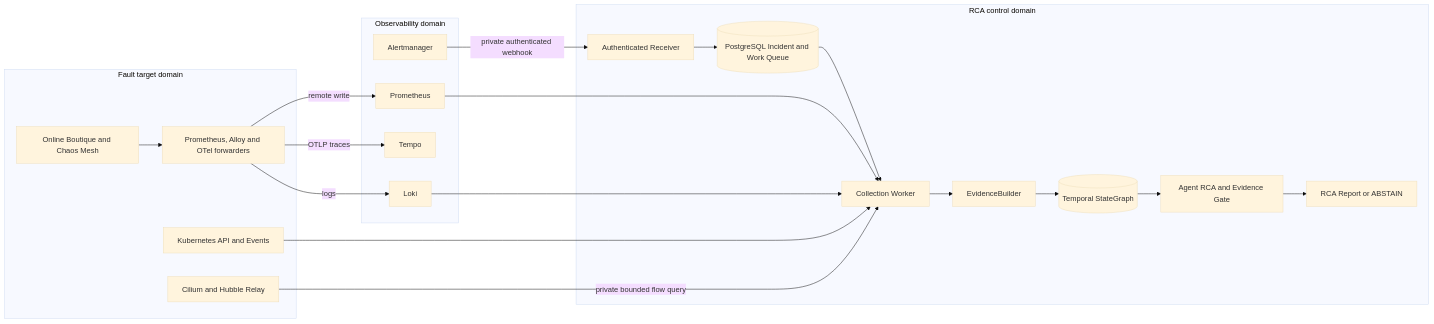
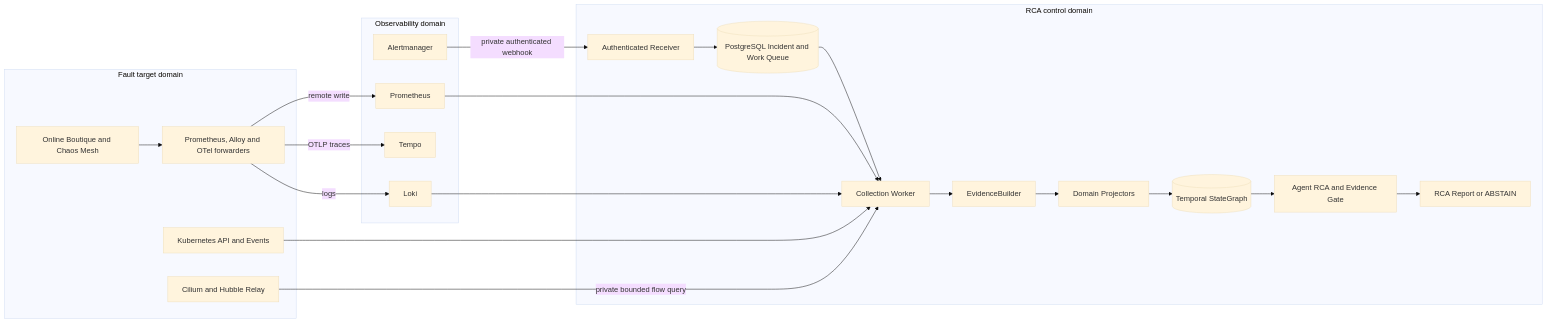
Before and after one commit to kyunghoon02/agent-RCA: the diagram in README.md, drawn with Mermaid (base theme). The commit also changed other lines of this file and 12 other files, not shown here.

````diff
--- a/README.md
+++ b/README.md
@@ -45,37 +60,38 @@
 ```mermaid
 flowchart LR
     subgraph T[Fault target domain]
         APP[Online Boutique and Chaos Mesh]
         K[Kubernetes API and Events]
         H[Cilium and Hubble Relay]
         FW[Prometheus, Alloy and OTel forwarders]
         APP --> FW
     end
 
     subgraph O[Observability domain]
         P[Prometheus]
         L[Loki]
         TP[Tempo]
         AM[Alertmanager]
     end
 
     subgraph C[RCA control domain]
         RX[Authenticated Receiver]
         Q[(PostgreSQL Incident and Work Queue)]
         CW[Collection Worker]
         EB[EvidenceBuilder]
+        PJ[Domain Projectors]
         SG[(Temporal StateGraph)]
         AO[Agent RCA and Evidence Gate]
         R[RCA Report or ABSTAIN]
     end
 
     FW -->|remote write| P
     FW -->|logs| L
     FW -->|OTLP traces| TP
     AM -->|private authenticated webhook| RX
-    RX --> Q --> CW --> EB --> SG --> AO --> R
+    RX --> Q --> CW --> EB --> PJ --> SG --> AO --> R
     P --> CW
     L --> CW
     K --> CW
     H -->|private bounded flow query| CW
 ```
````
